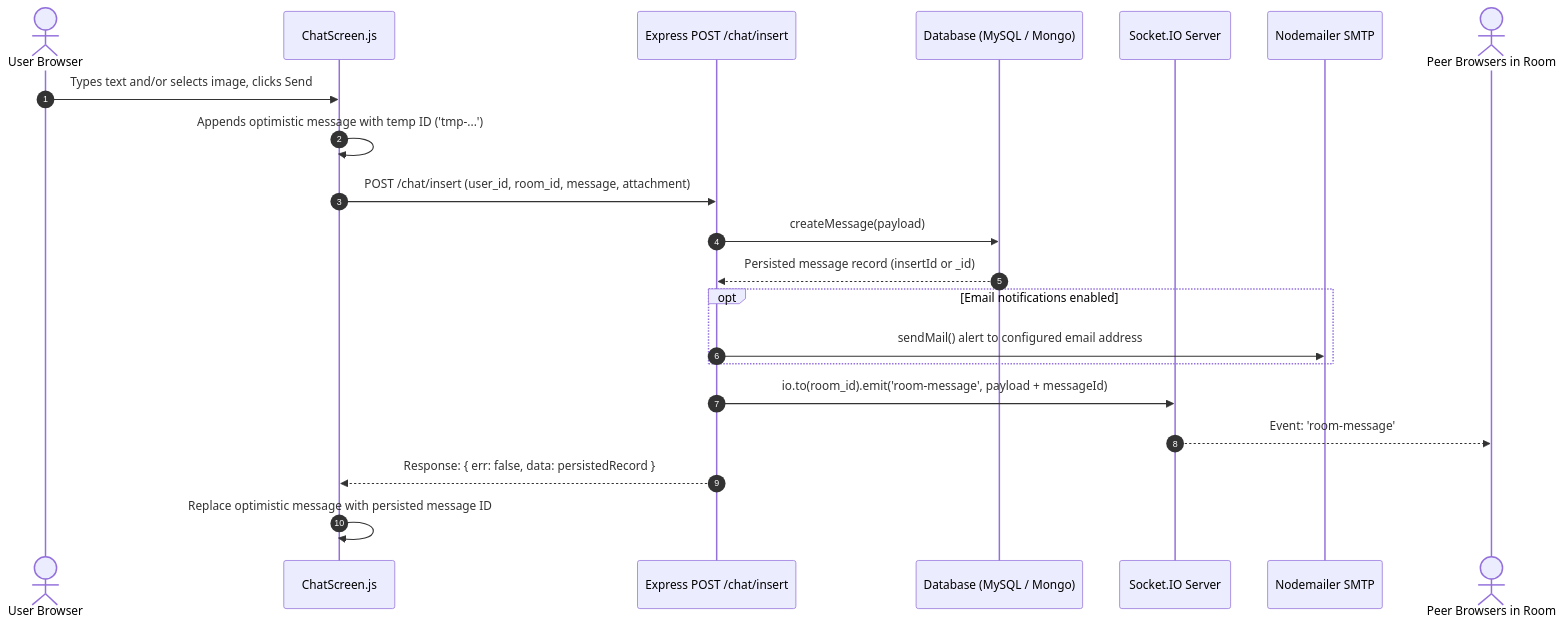
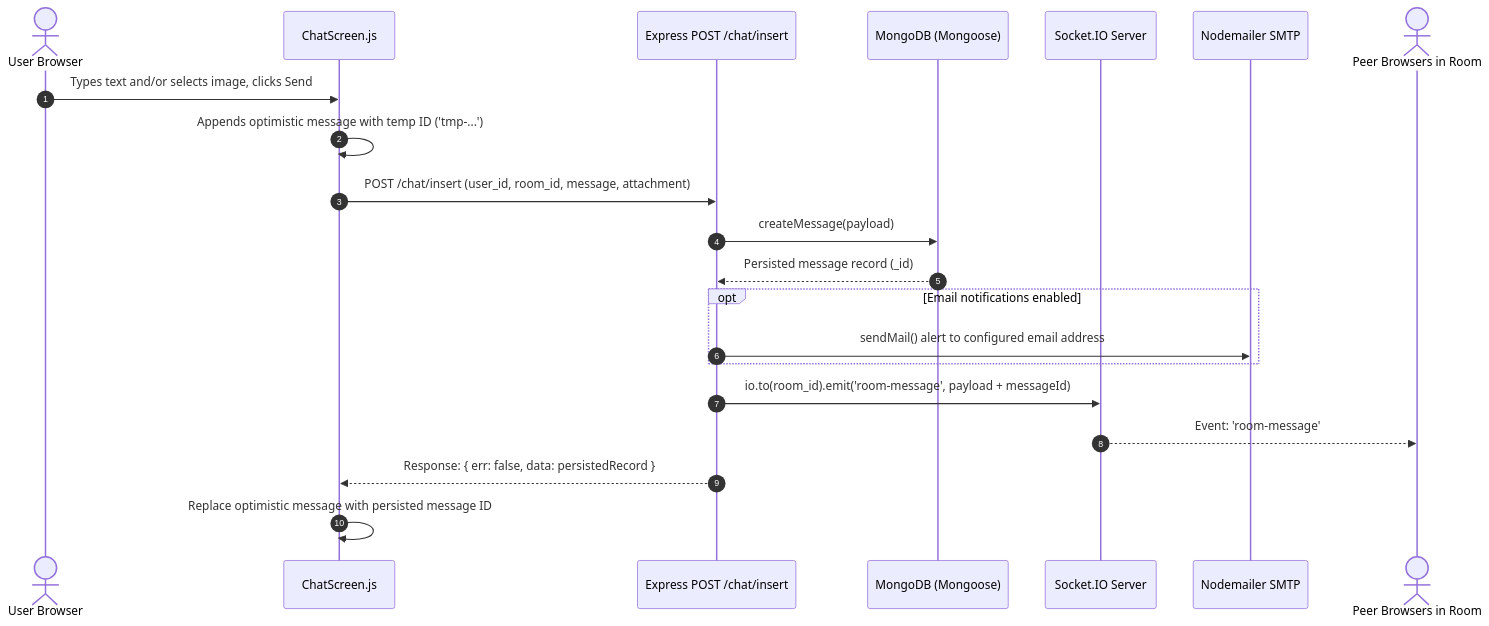
Before and after one commit to shubhamstr/Realtime-Chat-App: the third of 4 diagrams in .ai/ARCHITECTURE.md, drawn with Mermaid. The commit also changed other lines of this file and 19 other files, not shown here.

````diff
--- a/.ai/ARCHITECTURE.md
+++ b/.ai/ARCHITECTURE.md
@@ -104,24 +93,24 @@
 ```mermaid
 sequenceDiagram
     autonumber
     actor User as User Browser
     participant UI as ChatScreen.js
     participant REST as Express POST /chat/insert
-    participant DB as Database (MySQL / Mongo)
+    participant DB as MongoDB (Mongoose)
     participant Socket as Socket.IO Server
     participant SMTP as Nodemailer SMTP
     actor Peer as Peer Browsers in Room
 
     User->>UI: Types text and/or selects image, clicks Send
     UI->>UI: Appends optimistic message with temp ID ('tmp-...')
     UI->>REST: POST /chat/insert (user_id, room_id, message, attachment)
     REST->>DB: createMessage(payload)
-    DB-->>REST: Persisted message record (insertId or _id)
+    DB-->>REST: Persisted message record (_id)
     opt Email notifications enabled
         REST->>SMTP: sendMail() alert to configured email address
     end
     REST->>Socket: io.to(room_id).emit('room-message', payload + messageId)
     Socket-->>Peer: Event: 'room-message'
     REST-->>UI: Response: { err: false, data: persistedRecord }
     UI->>UI: Replace optimistic message with persisted message ID
 ```
````
